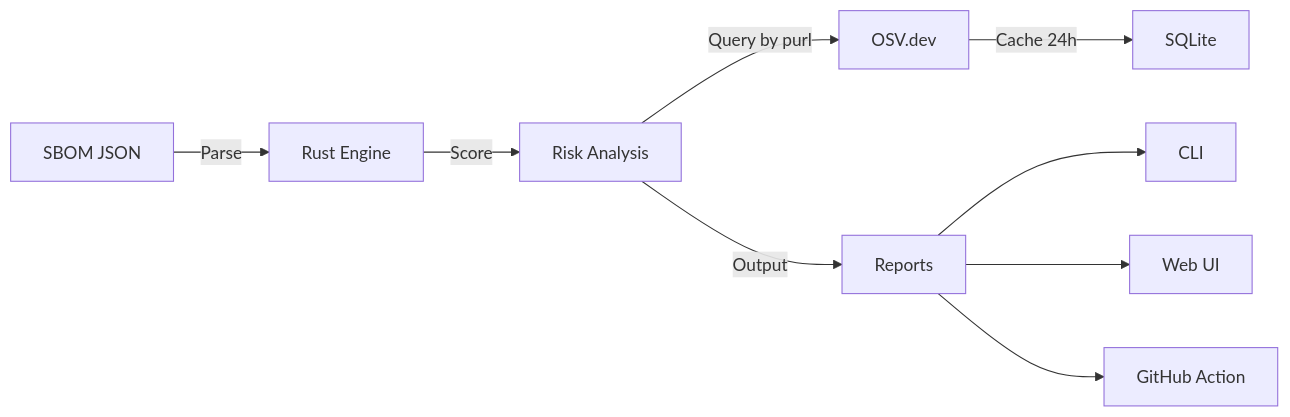
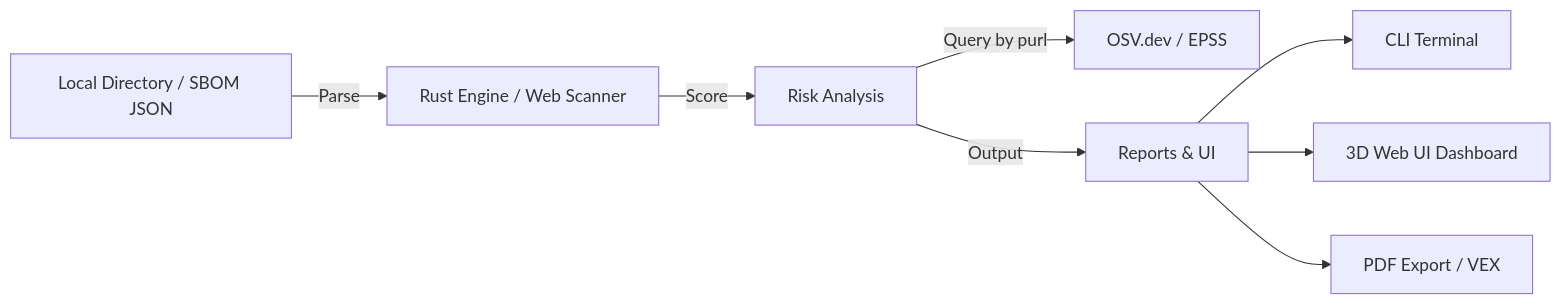
Before and after one commit to Zertannax/Zertree: the diagram in README.md, drawn with Mermaid. The commit also changed other lines of this file and 13 other files, not shown here.

Commit message:
feat: implement enterprise compliance UI, auto PC scanner, and VEX triaging

````diff
--- a/README.md
+++ b/README.md
@@ -156,11 +90,10 @@
 ```mermaid
 graph LR
-    A[SBOM JSON] -->|Parse| B[Rust Engine]
+    A[Local Directory / SBOM JSON] -->|Parse| B[Rust Engine / Web Scanner]
     B -->|Score| C[Risk Analysis]
-    C -->|Query by purl| D[OSV.dev]
-    D -->|Cache 24h| E[SQLite]
-    C -->|Output| F[Reports]
-    F --> G[CLI]
-    F --> H[Web UI]
-    F --> I[GitHub Action]
+    C -->|Query by purl| D[OSV.dev / EPSS]
+    C -->|Output| F[Reports & UI]
+    F --> G[CLI Terminal]
+    F --> H[3D Web UI Dashboard]
+    F --> I[PDF Export / VEX]
 ```
````
